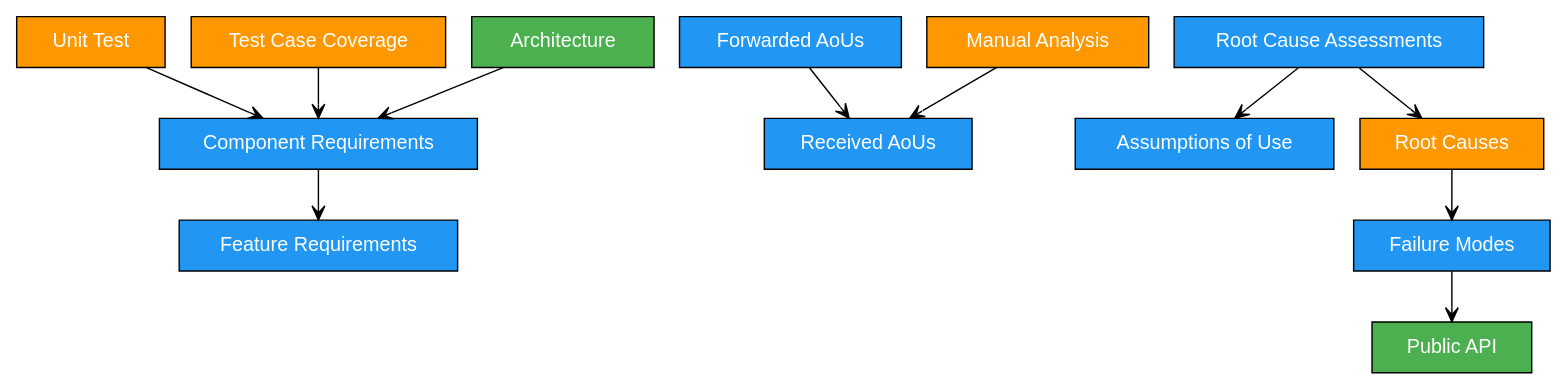
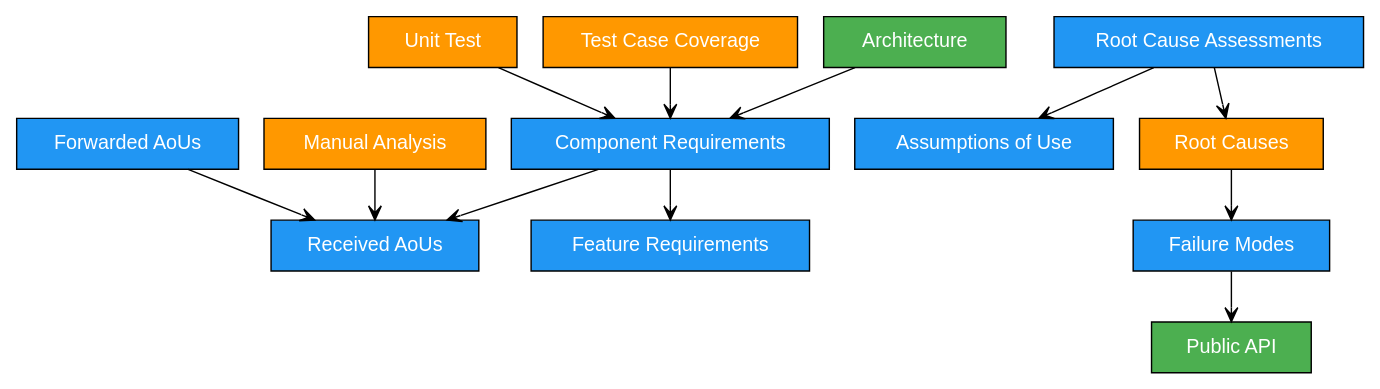
Before and after one commit to eclipse-score/tooling: the diagram in bazel/rules/rules_score/docs/overview.rst, drawn with Graphviz. The commit also changed 50 other files, not shown here.

```diff
--- a/bazel/rules/rules_score/docs/overview.rst
+++ b/bazel/rules/rules_score/docs/overview.rst
@@ -184,31 +184,32 @@
 .. graphviz::
 
    digraph tracing_policy {
       rankdir=TB;
       node [shape=box, style=filled, fontname="Helvetica", margin="0.3,0.1"];
       edge [arrowhead=open];
 
       "Feature Requirements" [fillcolor="#2196F3", fontcolor="white"];
       "Received AoUs" [fillcolor="#2196F3", fontcolor="white"];
       "Forwarded AoUs" [fillcolor="#2196F3", fontcolor="white"];
       "Component Requirements" [fillcolor="#2196F3", fontcolor="white"];
       "Unit Test" [fillcolor="#FF9800", fontcolor="white"];
       "Manual Analysis" [fillcolor="#FF9800", fontcolor="white"];
       "Test Case Coverage" [fillcolor="#FF9800", fontcolor="white"];
       "Architecture" [fillcolor="#4CAF50", fontcolor="white"];
       "Public API" [fillcolor="#4CAF50", fontcolor="white"];
       "Failure Modes" [fillcolor="#2196F3", fontcolor="white"];
       "Assumptions of Use" [fillcolor="#2196F3", fontcolor="white"];
       "Root Causes" [fillcolor="#FF9800", fontcolor="white"];
       "Root Cause Assessments" [fillcolor="#2196F3", fontcolor="white"];
       "Forwarded AoUs" -> "Received AoUs";
       "Component Requirements" -> "Feature Requirements";
+      "Component Requirements" -> "Received AoUs";
       "Manual Analysis" -> "Received AoUs";
       "Unit Test" -> "Component Requirements";
       "Test Case Coverage" -> "Component Requirements";
       "Architecture" -> "Component Requirements";
       "Failure Modes" -> "Public API";
       "Root Causes" -> "Failure Modes";
       "Root Cause Assessments" -> "Root Causes";
       "Root Cause Assessments" -> "Assumptions of Use";
    }
```
